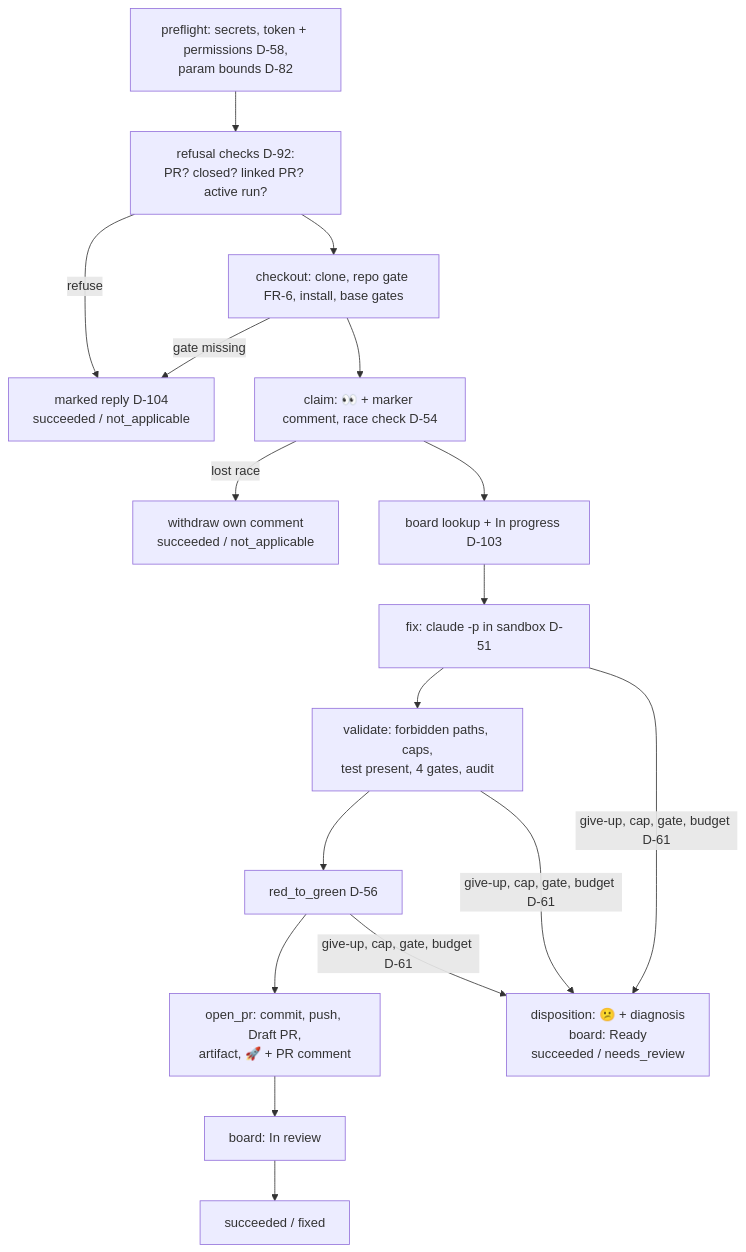
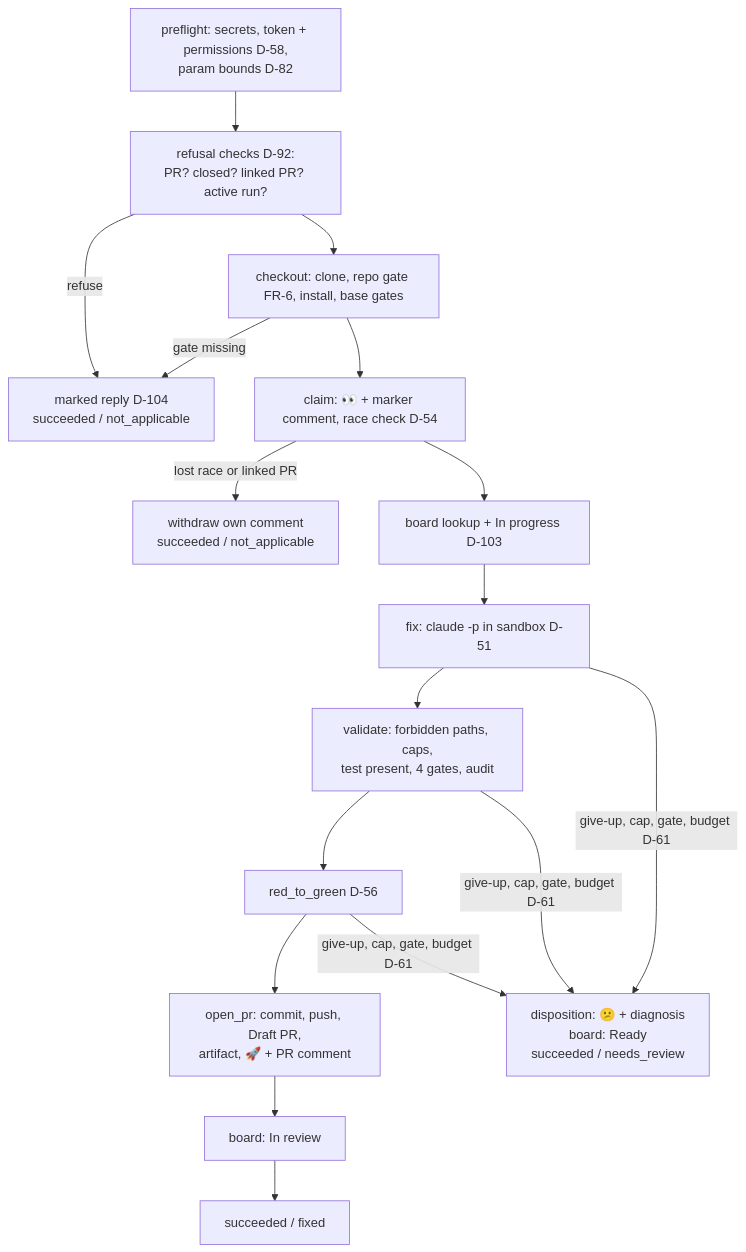
One commit to llipe/dev-tasks-agent-fleet changed the second of 3 diagrams in workstream/specification-prd-bug-fix-agent.md. Above: the diagram before and after it, drawn with Mermaid. The commit also changed other lines of this file and 4 other files, not shown here.

````diff
--- a/workstream/specification-prd-bug-fix-agent.md
+++ b/workstream/specification-prd-bug-fix-agent.md
@@ -90,17 +91,17 @@
 ```mermaid
 flowchart TD
     S0["preflight: secrets, token + permissions D-58,<br/>param bounds D-82"] --> S1["refusal checks D-92:<br/>PR? closed? linked PR? active run?"]
     S1 -- refuse --> RF["marked reply D-104<br/>succeeded / not_applicable"]
     S1 --> S2["checkout: clone, repo gate FR-6, install, base gates"]
     S2 -- gate missing --> RF
     S2 --> S3["claim: 👀 + marker comment, race check D-54"]
-    S3 -- lost race --> RF2["withdraw own comment<br/>succeeded / not_applicable"]
+    S3 -- lost race or linked PR --> RF2["withdraw own comment<br/>succeeded / not_applicable"]
     S3 --> B1["board lookup + In progress D-103"]
     B1 --> S5["fix: claude -p in sandbox D-51"]
     S5 --> S6["validate: forbidden paths, caps,<br/>test present, 4 gates, audit"]
     S6 --> S7[red_to_green D-56]
     S7 --> S8["open_pr: commit, push, Draft PR,<br/>artifact, 🚀 + PR comment"]
     S8 --> B2[board: In review]
     B2 --> OK[succeeded / fixed]
     S5 & S6 & S7 -- give-up, cap, gate, budget D-61 --> DI["disposition: 😕 + diagnosis<br/>board: Ready<br/>succeeded / needs_review"]
 ```
````
